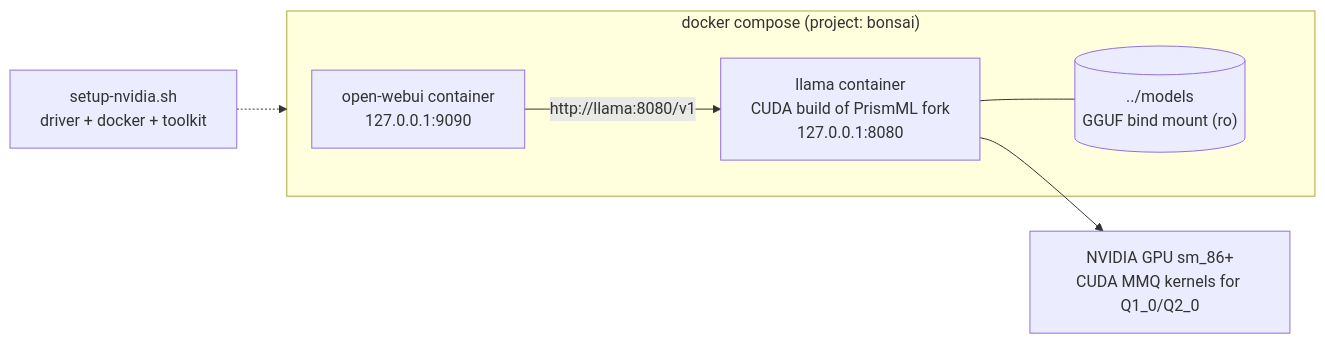
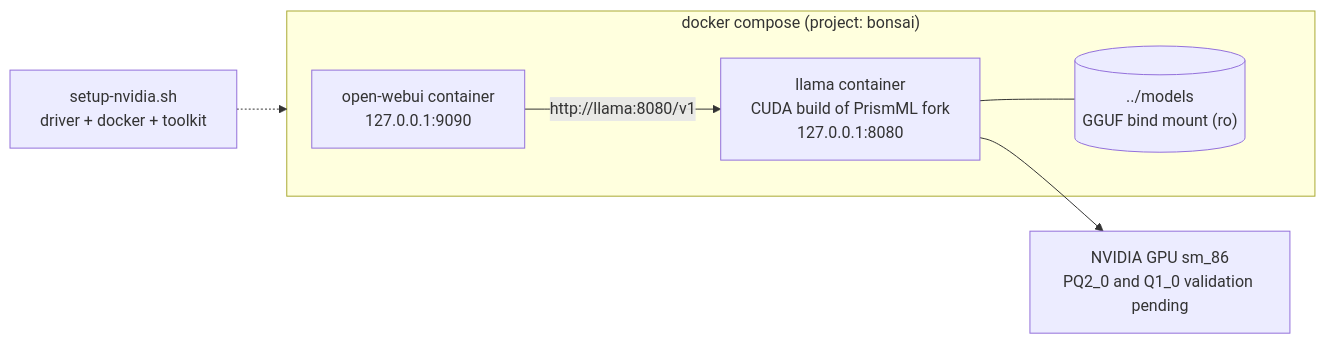
The second of 3 diagrams in docs/architecture.md (KSEGIT/QuickCleverModel), drawn with Mermaid before and after one commit. The commit also changed other lines of this file and 39 other files, not shown here.

````diff
--- a/docs/architecture.md
+++ b/docs/architecture.md
@@ -82,13 +86,13 @@
 ```mermaid
 flowchart LR
     subgraph DOCKER["docker compose (project: bonsai)"]
         UIW["open-webui container<br/>127.0.0.1:9090"]
         LL["llama container<br/>CUDA build of PrismML fork<br/>127.0.0.1:8080"]
         VOL[("../models<br/>GGUF bind mount (ro)")]
         UIW -->|"http://llama:8080/v1"| LL
         LL --- VOL
     end
-    GPU["NVIDIA GPU sm_86+<br/>CUDA MMQ kernels for Q1_0/Q2_0"]
+    GPU["NVIDIA GPU sm_86<br/>PQ2_0 and Q1_0 validation pending"]
     LL --> GPU
     SETUP["setup-nvidia.sh<br/>driver + docker + toolkit"] -.-> DOCKER
 ```
````
